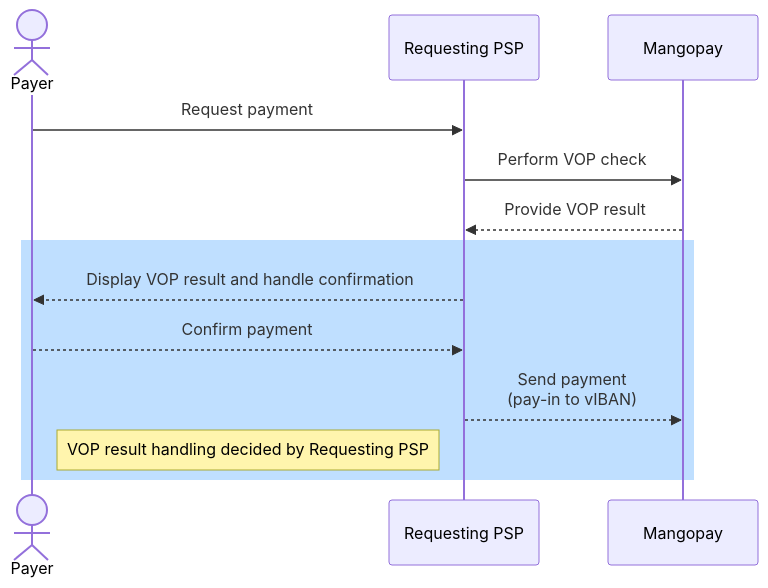
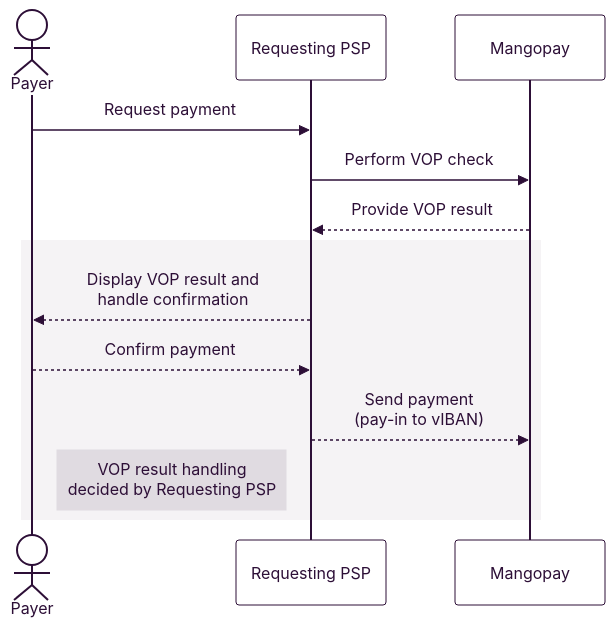
One commit to Mangopay/docs changed the first of 2 diagrams in guides/vop/payins.mdx. Above: the diagram before and after it, drawn with Mermaid. The commit also changed other lines of this file and 11 other files, not shown here.

````diff
--- a/guides/vop/payins.mdx
+++ b/guides/vop/payins.mdx
@@ -11,17 +13,35 @@
 ```mermaid
+%%{
+  init: {
+    'theme': 'base',
+    'themeVariables': {
+      'primaryColor': '#FFFFFF',
+      'primaryTextColor': '#2D0F37',
+      'primaryBorderColor': '#2D0F37',
+      'lineColor': '#2D0F37',
+      'secondaryColor': '#FFFFFF',
+      'tertiaryColor': '#FFFFFF',
+      'fontSize': '32px',
+      'fontFamily': 'Inter',
+      'noteBorderColor': "#E0DBE1",
+      'noteBkgColor': "#E0DBE1",
+      'noteTextColor': '#2D0F37'
+    }
+  }
+}%%
 sequenceDiagram
   actor Payer
   participant Requesting PSP
    participant Mangopay
   
     Payer ->> Requesting PSP: Request payment
     Requesting PSP->> Mangopay: Perform VOP check
     Mangopay -->> Requesting PSP: Provide VOP result
 
-  rect rgb(191, 223, 255)
-    Requesting PSP -->> Payer: Display VOP result and handle confirmation
+  rect rgba(245, 243, 245, 1)
+    Requesting PSP -->> Payer: Display VOP result and <br/> handle confirmation
     Payer -->> Requesting PSP: Confirm payment
     Requesting PSP -->> Mangopay: Send payment <br/> (pay-in to vIBAN)
-				Note left of Requesting PSP: VOP result handling decided by Requesting PSP
+				Note left of Requesting PSP: VOP result handling <br/> decided by Requesting PSP
   end
 ```
````
